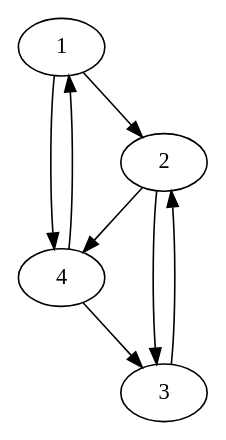
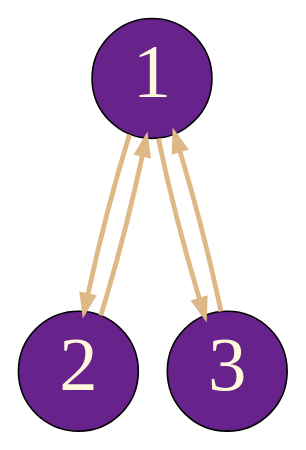
The diagram in Test_samples/Xml_to_Graph/output2.dot (SaraHanyAbdelhady/Data-Structures), drawn with Graphviz before and after one commit. The commit also changed 14 other files, not shown here.

Commit message:
coloring the graph or the xml2graph function

```diff
--- a/Test_samples/Xml_to_Graph/output2.dot
+++ b/Test_samples/Xml_to_Graph/output2.dot
@@ -1,9 +1,12 @@
 digraph G {
+    graph[fontsize = 24]
+    edge[fontsize = 20 color = burlywood]
+    node[margin=0 fontcolor=cornsilk fontsize=48 width=0.5 shape=circle style=filled fillcolor = darkorchid4]
+    ranksep = 1.5
+    nodesep = .25
+    edge[style = "setlinewidth(3)"]
     1 -> 2;
-    1 -> 4;
-    2 -> 3;
-    2 -> 4;
-    3 -> 2;
-    4 -> 1;
-    4 -> 3;
+    1 -> 3;
+    2 -> 1;
+    3 -> 1;
 }
```
